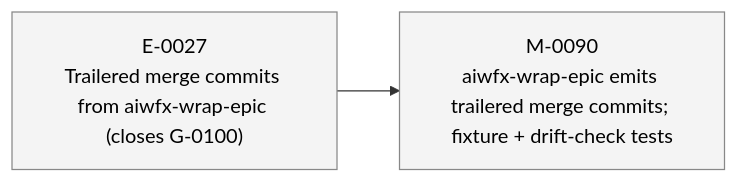
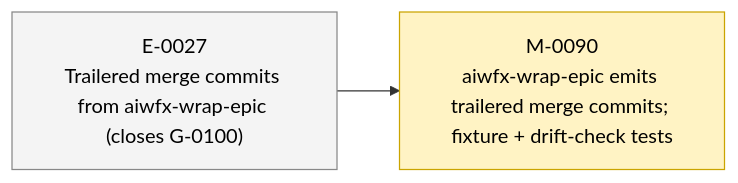
One commit to 23min/aiwf changed the second of 2 diagrams in STATUS.md. Above: the diagram before and after it, drawn with Mermaid. The commit also changed other lines of this file and 1 other file, not shown here.

First line of the commit message:
aiwf promote M-0090 draft -> in_progress

````diff
--- a/STATUS.md
+++ b/STATUS.md
@@ -51,12 +51,12 @@
 ```mermaid
 flowchart LR
   E_0027["E-0027<br/>Trailered merge commits from aiwfx-wrap-epic (closes G-0100)"]:::epic_proposed
-  M_0090["M-0090<br/>aiwfx-wrap-epic emits trailered merge commits; fixture + drift-check tests"]:::ms_draft
+  M_0090["M-0090<br/>aiwfx-wrap-epic emits trailered merge commits; fixture + drift-check tests"]:::ms_in_progress
   E_0027 --> M_0090
   classDef epic_active fill:#d6eaff,stroke:#1a73e8,color:#000
   classDef epic_proposed fill:#f4f4f4,stroke:#888,color:#000
   classDef ms_done fill:#d8f5d8,stroke:#2a8a2a,color:#000
   classDef ms_in_progress fill:#fff3c4,stroke:#caa400,color:#000
   classDef ms_draft fill:#f4f4f4,stroke:#888,color:#000
   classDef ms_cancelled fill:#fbeaea,stroke:#c33,color:#000
 ```
````
